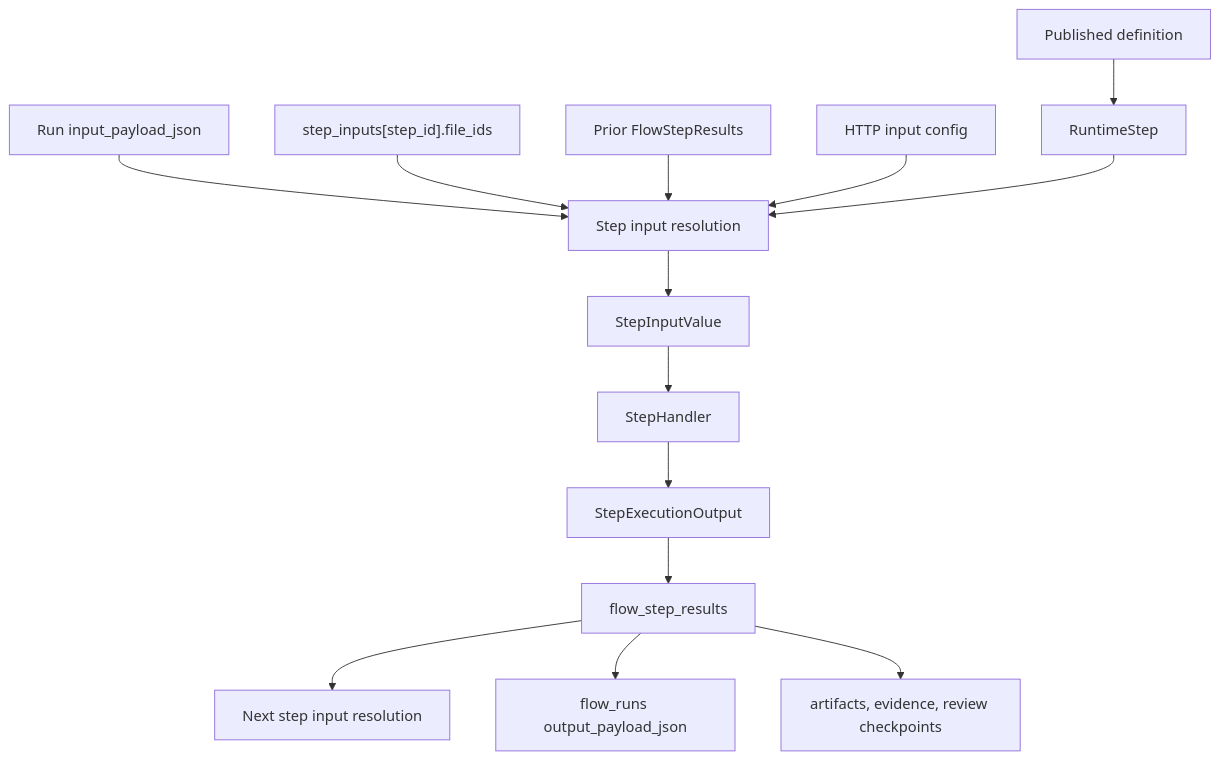
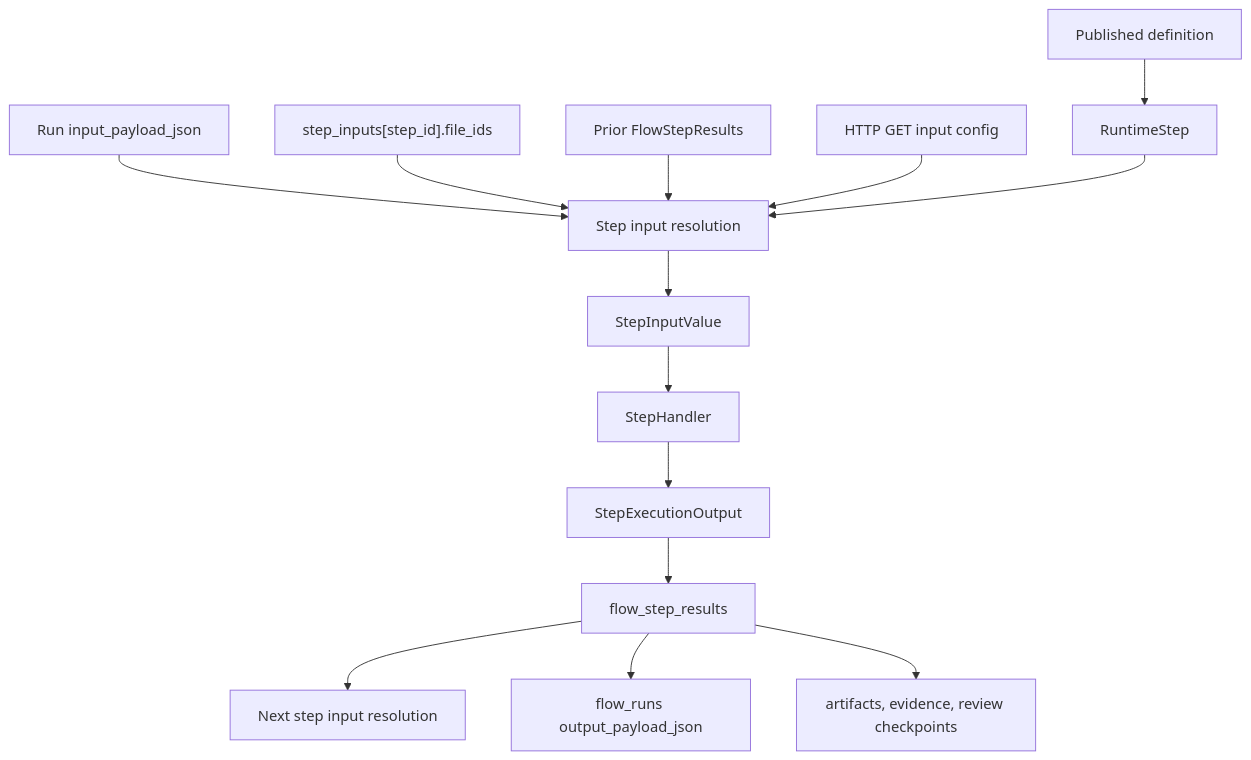
The diagram in docs/flows/flow-developer-quickstart.md (eneo-ai/eneo), drawn with Mermaid before and after one commit. The commit also changed other lines of this file and 26 other files, not shown here.

First line of the commit message:
refactor(flows): remove HTTP POST input contract

````diff
--- a/docs/flows/flow-developer-quickstart.md
+++ b/docs/flows/flow-developer-quickstart.md
@@ -125,16 +125,16 @@
 ```mermaid
 flowchart TD
     A["Published definition"] --> B["RuntimeStep"]
     C["Run input_payload_json"] --> D["Step input resolution"]
     E["step_inputs[step_id].file_ids"] --> D
     F["Prior FlowStepResults"] --> D
-    G["HTTP input config"] --> D
+    G["HTTP GET input config"] --> D
     B --> D
     D --> H["StepInputValue"]
     H --> I["StepHandler"]
     I --> J["StepExecutionOutput"]
     J --> K["flow_step_results"]
     K --> L["Next step input resolution"]
     K --> M["flow_runs output_payload_json"]
     K --> N["artifacts, evidence, review checkpoints"]
 ```
````
